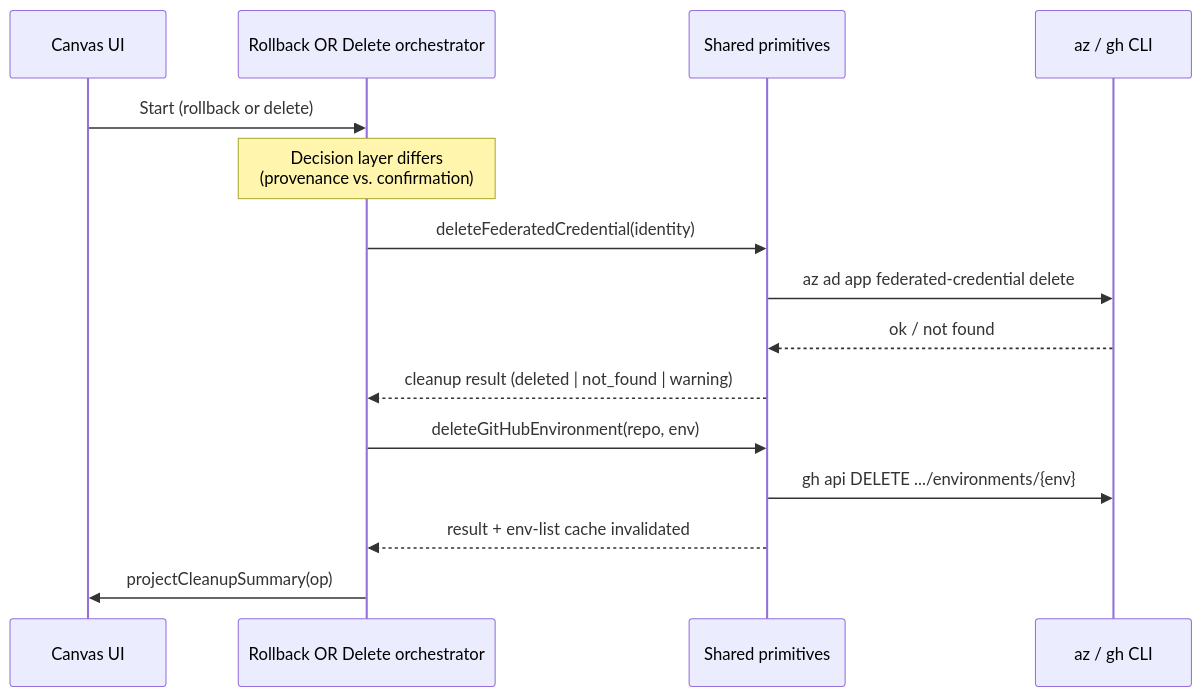
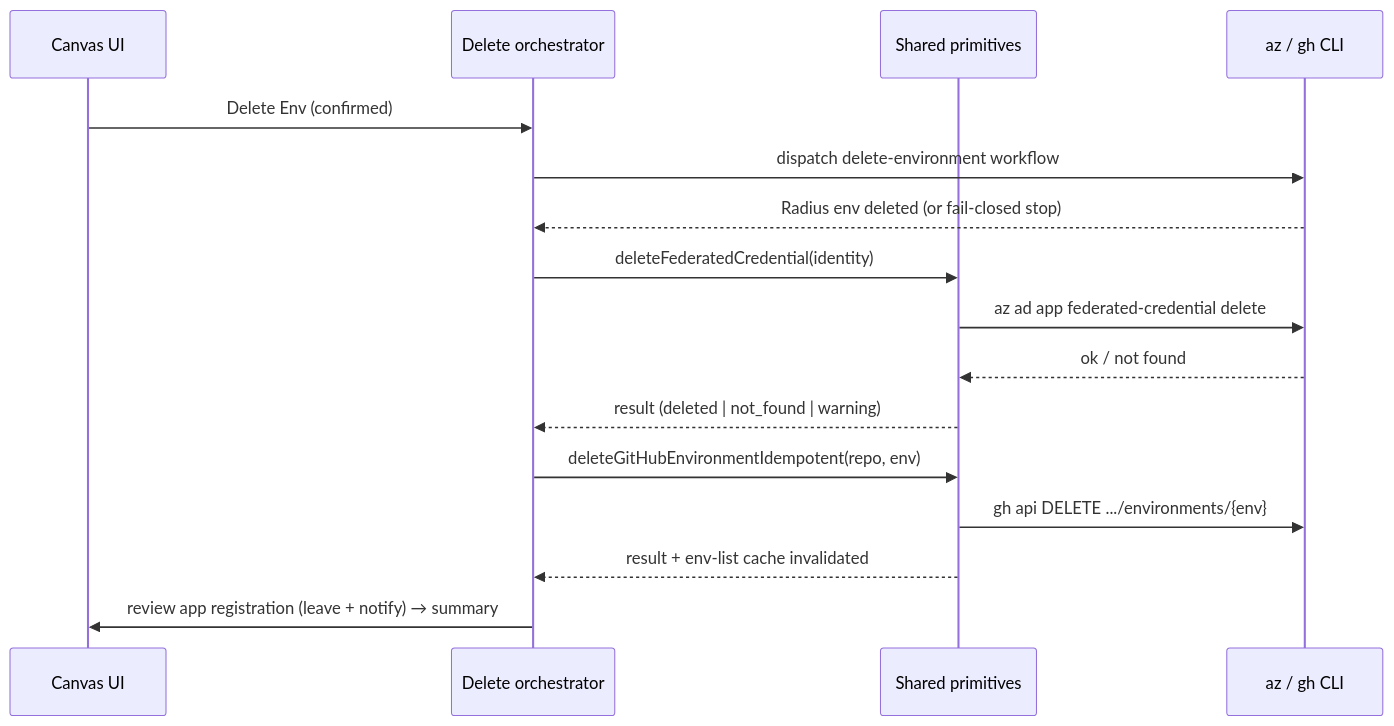
The second of 2 diagrams in docs/design/2026-08-shared-cleanup-rollback-delete.md (radius-project/ai-extensions), drawn with Mermaid before and after one commit. The commit also changed other lines of this file and 1 other file, not shown here.

First line of the commit message:
Refocus design doc on delete implementation

````diff
--- a/docs/design/2026-08-shared-cleanup-rollback-delete.md
+++ b/docs/design/2026-08-shared-cleanup-rollback-delete.md
@@ -100,18 +172,19 @@
 ```mermaid
 sequenceDiagram
   participant UI as Canvas UI
-  participant Flow as Rollback OR Delete orchestrator
+  participant Flow as Delete orchestrator
   participant Prim as Shared primitives
   participant Ext as az / gh CLI
 
-  UI->>Flow: Start (rollback or delete)
-  Note over Flow: Decision layer differs<br/>(provenance vs. confirmation)
+  UI->>Flow: Delete Env (confirmed)
+  Flow->>Ext: dispatch delete-environment workflow
+  Ext-->>Flow: Radius env deleted (or fail-closed stop)
   Flow->>Prim: deleteFederatedCredential(identity)
   Prim->>Ext: az ad app federated-credential delete
   Ext-->>Prim: ok / not found
-  Prim-->>Flow: cleanup result (deleted | not_found | warning)
-  Flow->>Prim: deleteGitHubEnvironment(repo, env)
+  Prim-->>Flow: result (deleted | not_found | warning)
+  Flow->>Prim: deleteGitHubEnvironmentIdempotent(repo, env)
   Prim->>Ext: gh api DELETE .../environments/{env}
   Prim-->>Flow: result + env-list cache invalidated
-  Flow->>UI: projectCleanupSummary(op)
+  Flow->>UI: review app registration (leave + notify) → summary
 ```
````
